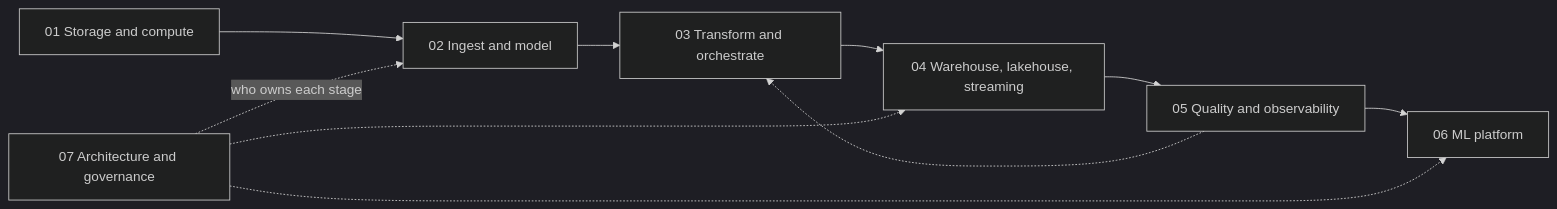
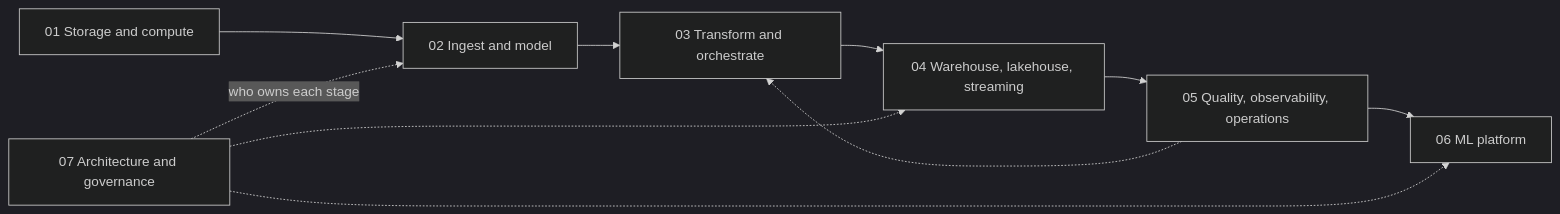
The diagram in data-engineering/README.md (ramseywise/learn-ai-engineering), drawn with Mermaid (dark theme) before and after one commit. The commit also changed other lines of this file and 30 other files, not shown here.

````diff
--- a/data-engineering/README.md
+++ b/data-engineering/README.md
@@ -43,12 +43,12 @@
 ```mermaid
 flowchart LR
   P1[01 Storage and compute] --> P2[02 Ingest and model]
   P2 --> P3[03 Transform and orchestrate]
   P3 --> P4[04 Warehouse, lakehouse, streaming]
-  P4 --> P5[05 Quality and observability]
+  P4 --> P5[05 Quality, observability, operations]
   P5 --> P6[06 ML platform]
   P5 -.-> P3
   P7[07 Architecture and governance] -.->|who owns each stage| P2
   P7 -.-> P4
   P7 -.-> P6
 ```
````
